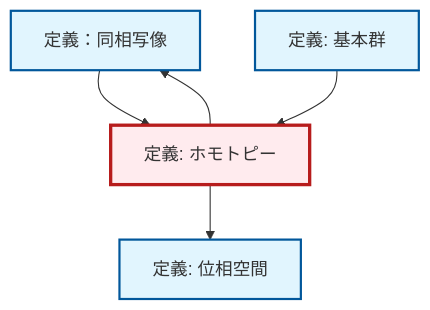
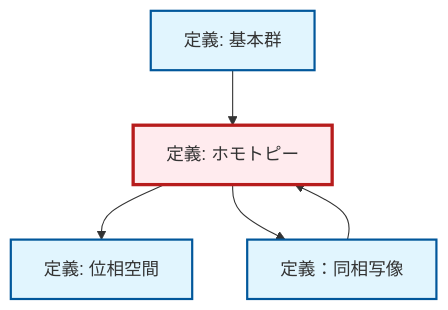
Before and after one commit to RK0429/ModernMath: the diagram in content/ja/topology/def-homotopy.qmd, drawn with Mermaid. The commit also changed 672 other files, not shown here.

````diff
--- a/content/ja/topology/def-homotopy.qmd
+++ b/content/ja/topology/def-homotopy.qmd
@@ -100,21 +100,21 @@
 ```{mermaid}
-%%| fig-cap: "Local dependency graph"
+%%| fig-cap: "ローカル依存関係グラフ"
 graph TD
     classDef definition fill:#e1f5fe,stroke:#01579b,stroke-width:2px
     classDef theorem fill:#f3e5f5,stroke:#4a148c,stroke-width:2px
     classDef axiom fill:#fff3e0,stroke:#e65100,stroke-width:2px
     classDef example fill:#e8f5e9,stroke:#1b5e20,stroke-width:2px
     classDef current fill:#ffebee,stroke:#b71c1c,stroke-width:3px
+    def-topological-space["定義: 位相空間"]:::definition
+    def-homotopy["定義: ホモトピー"]:::definition
     def-homeomorphism["定義：同相写像"]:::definition
     def-fundamental-group["定義: 基本群"]:::definition
-    def-homotopy["定義: ホモトピー"]:::definition
-    def-topological-space["定義: 位相空間"]:::definition
     def-homotopy --> def-topological-space
     def-homeomorphism --> def-homotopy
+    def-fundamental-group --> def-homotopy
     def-homotopy --> def-homeomorphism
-    def-fundamental-group --> def-homotopy
     class def-homotopy current
+    click def-topological-space "def-topological-space.html" "位相空間の定義へ"
     click def-homeomorphism "def-homeomorphism.html" "定義：同相写像へ"
     click def-fundamental-group "def-fundamental-group.html" "基本群の定義へ"
-    click def-topological-space "def-topological-space.html" "位相空間の定義へ"
 ```
````
